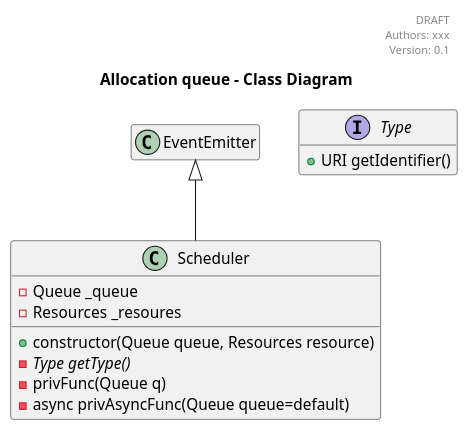
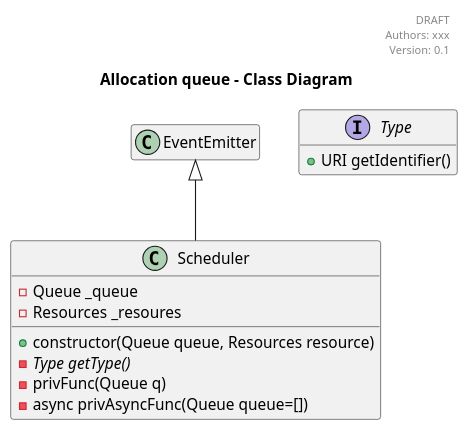
One commit to jupe/puml2code changed the diagram in examples/sample.puml. Above: the diagram before and after it, drawn with PlantUML. The commit also changed 1 other file, not shown here.

Commit message:
allow {} and [] as default value

```diff
--- a/examples/sample.puml
+++ b/examples/sample.puml
@@ -1,32 +1,32 @@
 @startuml
 
 header
 DRAFT
 Authors: xxx
 Version: 0.1
 endheader
 
 hide empty members
 
 title Allocation queue - Class Diagram
 
 
 interface Type {
     +URI getIdentifier()
 }
 
 class Scheduler {
     +constructor(Queue queue, Resources resource)
     -{abstract}Type getType()
     -privFunc(Queue q)
-    -async privAsyncFunc(Queue queue=default)
+    -async privAsyncFunc(Queue queue=[])
     -Queue _queue
     -Resources _resoures
 }
 
 
 class EventEmitter
 Scheduler -up-|> EventEmitter
 
 
 @enduml
```
